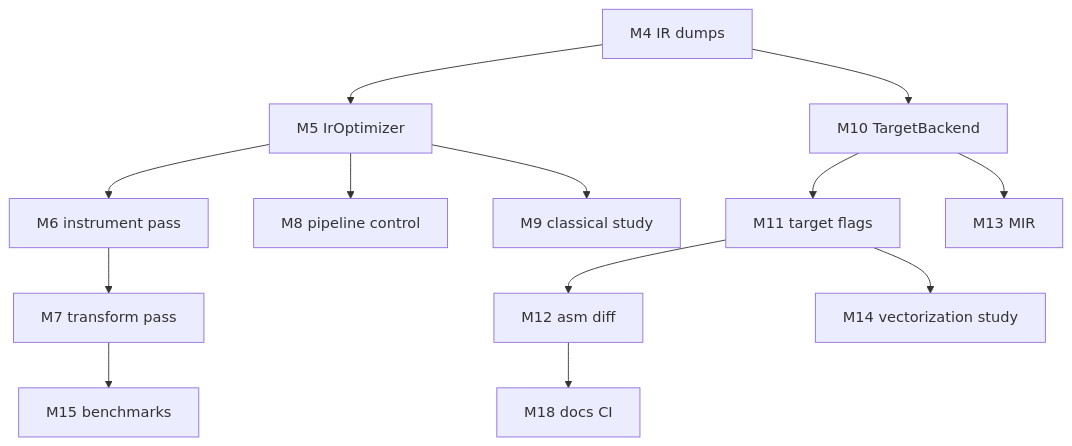
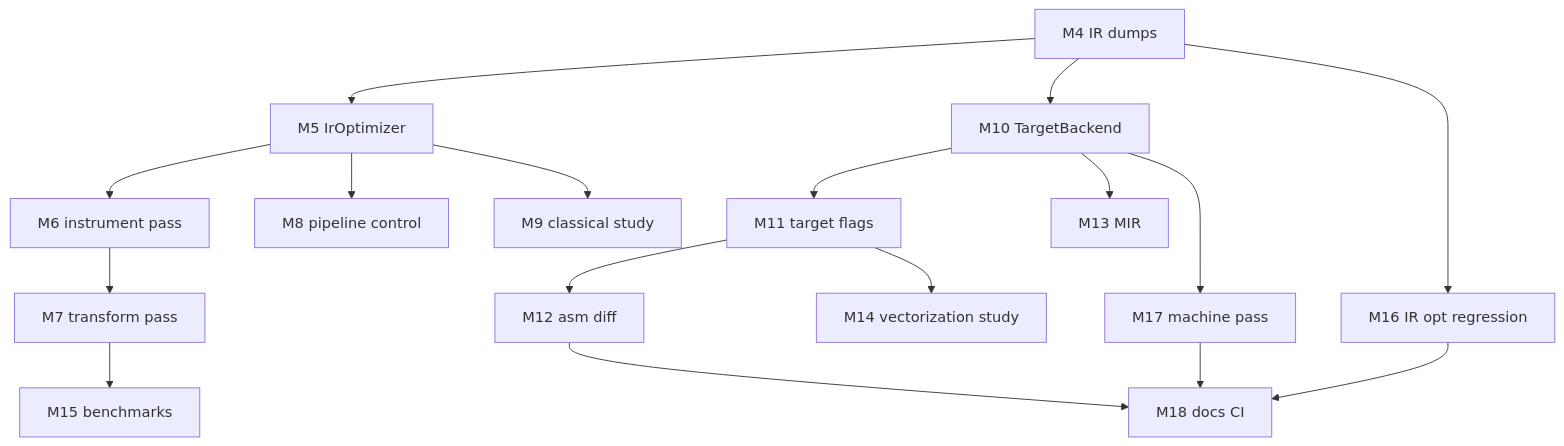
The diagram in docs/MiddleBackendNotes.md (yanghuafang/lcc), drawn with Mermaid before and after one commit. The commit also changed other lines of this file and 95 other files, not shown here.

````diff
--- a/docs/MiddleBackendNotes.md
+++ b/docs/MiddleBackendNotes.md
@@ -392,21 +376,25 @@
 ```mermaid
 flowchart TD
   M4[M4 IR dumps]
   M5[M5 IrOptimizer]
   M6[M6 instrument pass]
   M7[M7 transform pass]
   M10[M10 TargetBackend]
   M11[M11 target flags]
   M14[M14 vectorization study]
   M15[M15 benchmarks]
 
   M4 --> M5 --> M6
   M6 --> M7
   M5 --> M8[M8 pipeline control]
   M5 --> M9[M9 classical study]
   M4 --> M10 --> M11 --> M12[M12 asm diff]
   M10 --> M13[M13 MIR]
   M11 --> M14
   M7 --> M15
+  M4 --> M16[M16 IR opt regression]
+  M10 --> M17[M17 machine pass]
   M12 --> M18[M18 docs CI]
+  M16 --> M18
+  M17 --> M18
 ```
````
